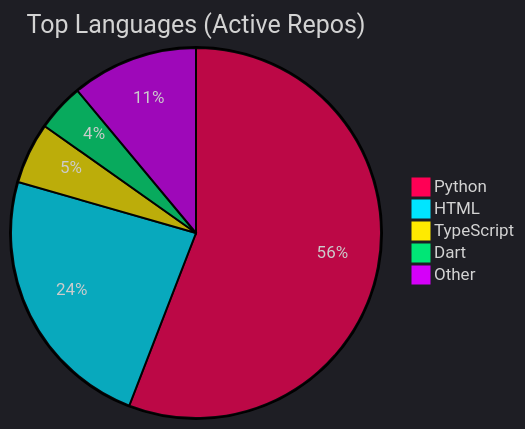
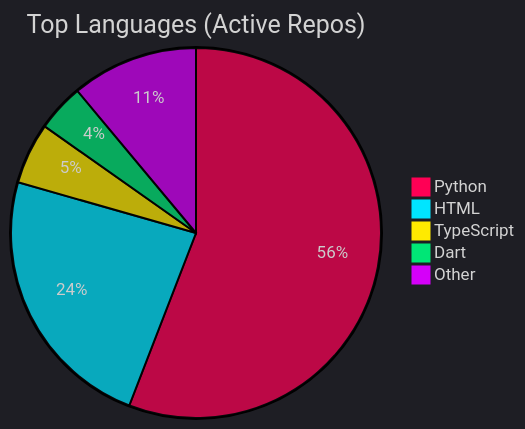
The diagram in README.md (Nzettodess/Nzettodess), drawn with Mermaid before and after one commit. The commit also changed other lines of this file, not shown here.

Commit message:
Update recent activity [skip ci]

````diff
--- a/README.md
+++ b/README.md
@@ -35,9 +35,9 @@
 ```mermaid
 %%{init: {'theme': 'dark', 'themeVariables': { 'pie1': '#FF0055', 'pie2': '#00E5FF', 'pie3': '#FFEA00', 'pie4': '#00E676', 'pie5': '#D500F9' }}}%%
 pie title Top Languages (Active Repos)
-    "Python" : 55.87
-    "HTML" : 23.57
+    "Python" : 55.88
+    "HTML" : 23.55
     "TypeScript" : 5.35
     "Dart" : 4.16
-    "Other" : 11.05
+    "Other" : 11.07
 ```
````
